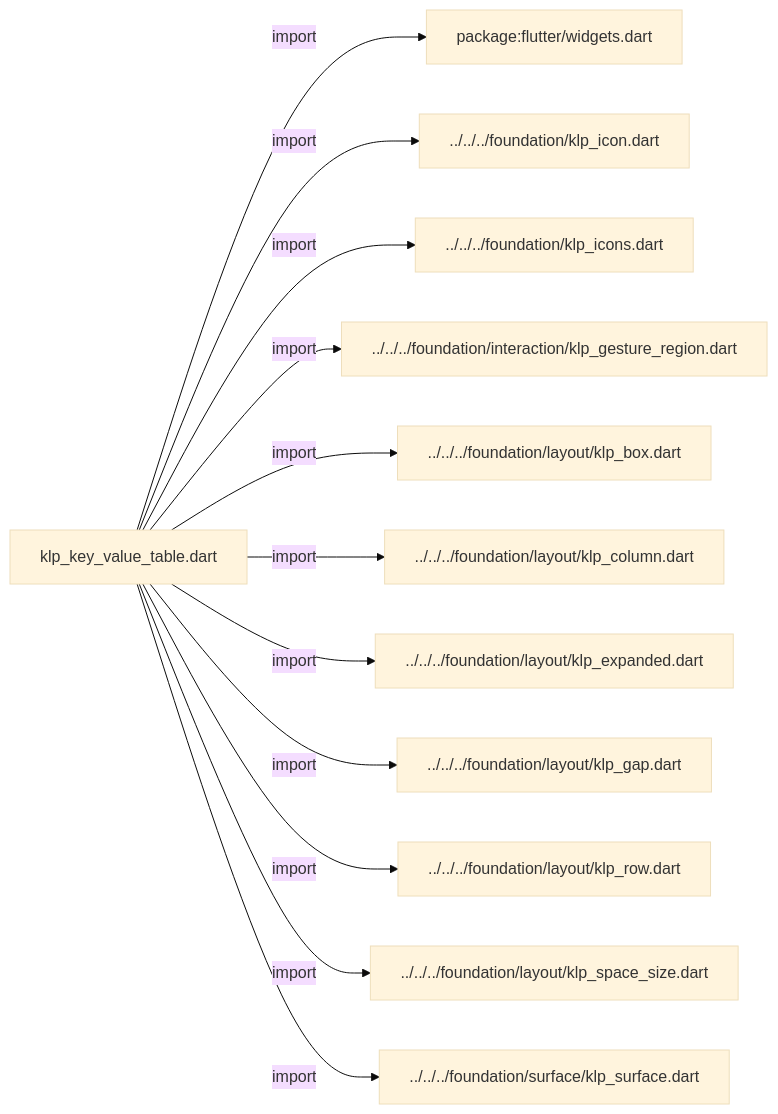
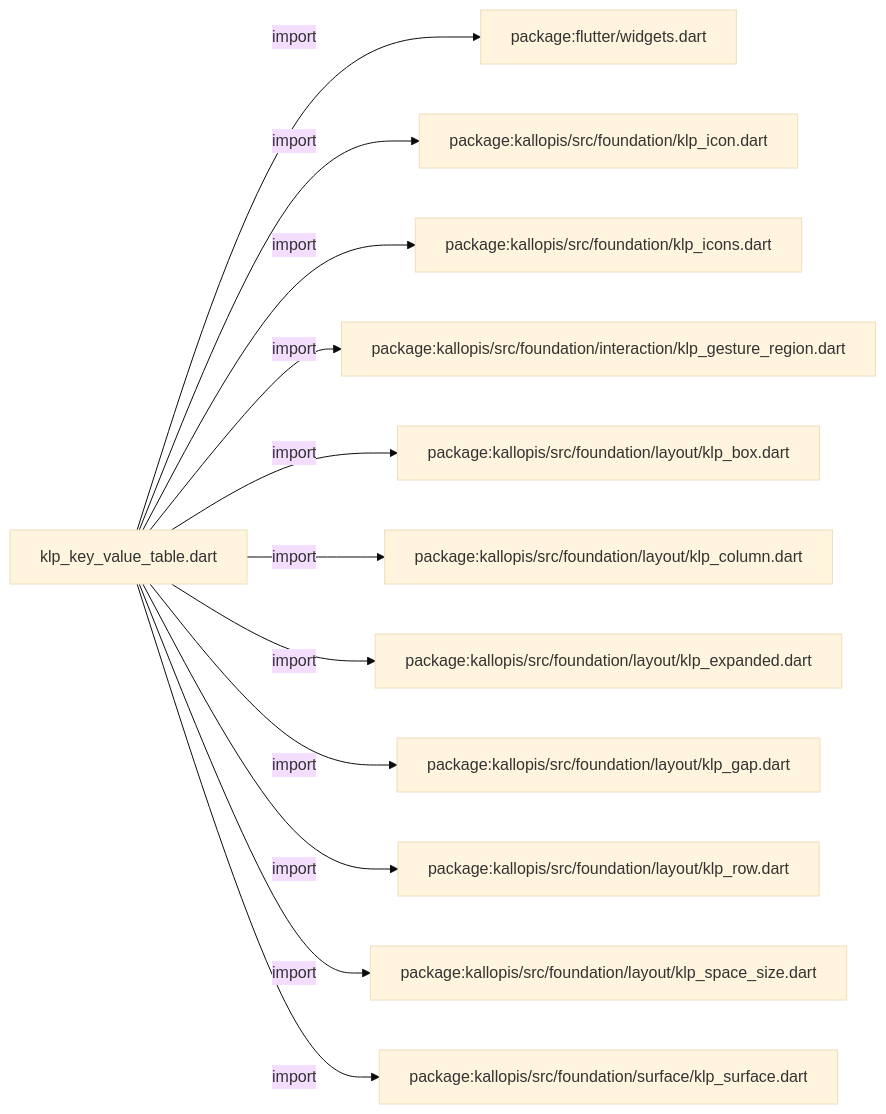
Before and after one commit to MiuDog/Kallopis: the first of 3 diagrams in docs/architecture/src/features/collections/key_value/klp_key_value_table.md, drawn with Mermaid (base theme). The commit also changed other lines of this file and 9688 other files, not shown here.

Commit message:
Prepare isolated Flow F2 peer baseline

````diff
--- a/docs/architecture/src/features/collections/key_value/klp_key_value_table.md
+++ b/docs/architecture/src/features/collections/key_value/klp_key_value_table.md
@@ -11,26 +11,26 @@
 ```mermaid
 flowchart LR
 	n0["klp_key_value_table.dart"]
 	n1["package:flutter/widgets.dart"]
-	n2["../../../foundation/klp_icon.dart"]
-	n3["../../../foundation/klp_icons.dart"]
-	n4["../../../foundation/interaction/klp_gesture_region.dart"]
-	n5["../../../foundation/layout/klp_box.dart"]
-	n6["../../../foundation/layout/klp_column.dart"]
-	n7["../../../foundation/layout/klp_expanded.dart"]
-	n8["../../../foundation/layout/klp_gap.dart"]
-	n9["../../../foundation/layout/klp_row.dart"]
-	n10["../../../foundation/layout/klp_space_size.dart"]
-	n11["../../../foundation/surface/klp_surface.dart"]
+	n2["package:kallopis/src/foundation/klp_icon.dart"]
+	n3["package:kallopis/src/foundation/klp_icons.dart"]
+	n4["package:kallopis/src/foundation/interaction/klp_gesture_region.dart"]
+	n5["package:kallopis/src/foundation/layout/klp_box.dart"]
+	n6["package:kallopis/src/foundation/layout/klp_column.dart"]
+	n7["package:kallopis/src/foundation/layout/klp_expanded.dart"]
+	n8["package:kallopis/src/foundation/layout/klp_gap.dart"]
+	n9["package:kallopis/src/foundation/layout/klp_row.dart"]
+	n10["package:kallopis/src/foundation/layout/klp_space_size.dart"]
+	n11["package:kallopis/src/foundation/surface/klp_surface.dart"]
 	n0 -->|"import"| n1
 	n0 -->|"import"| n2
 	n0 -->|"import"| n3
 	n0 -->|"import"| n4
 	n0 -->|"import"| n5
 	n0 -->|"import"| n6
 	n0 -->|"import"| n7
 	n0 -->|"import"| n8
 	n0 -->|"import"| n9
 	n0 -->|"import"| n10
 	n0 -->|"import"| n11
 ```
````
